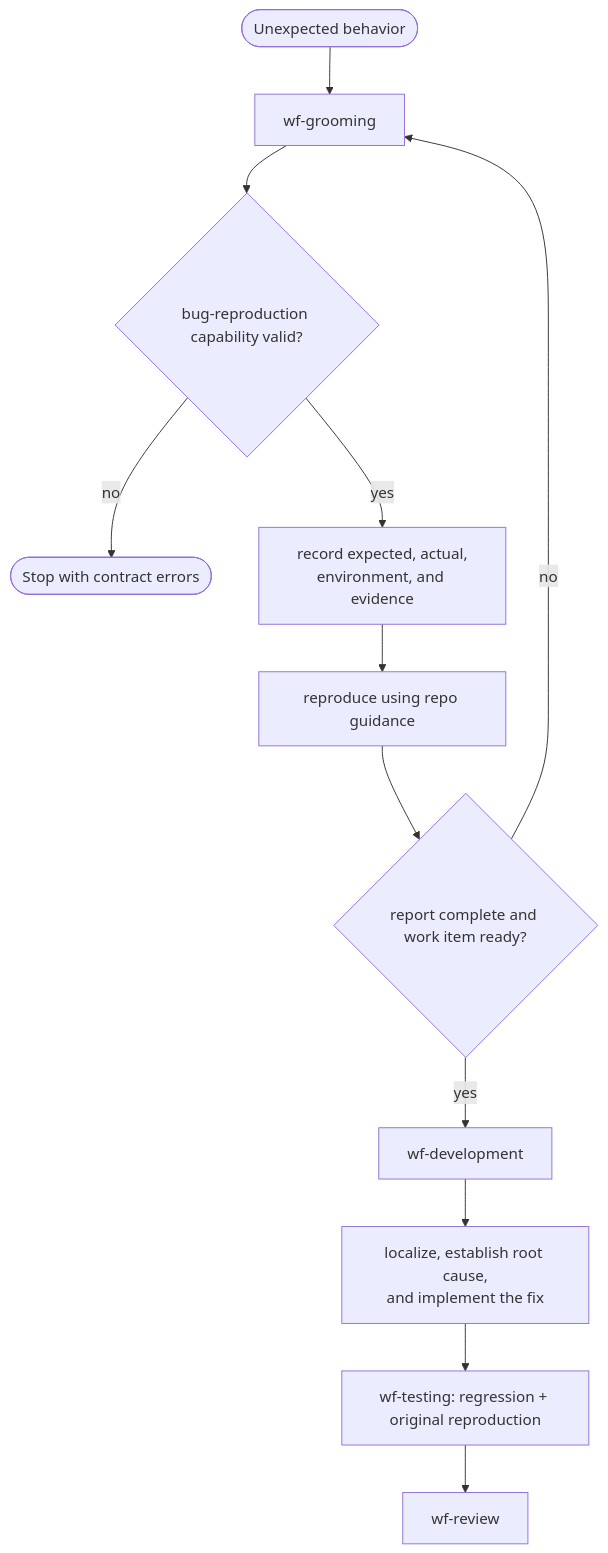
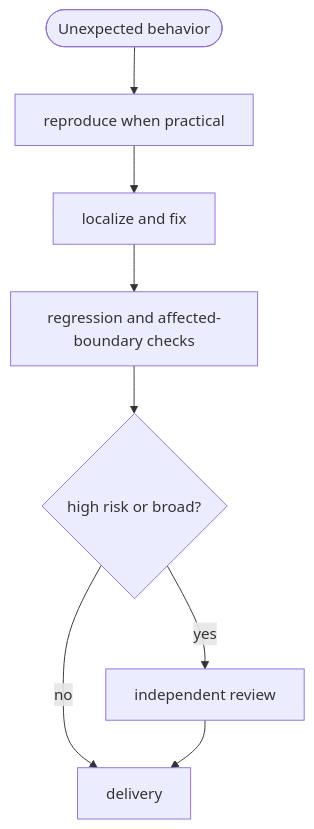
Before and after one commit to Life-With-Data/agentic-engineering: the third of 5 diagrams in plugins/agentic-engineering/FLOWS.md, drawn with Mermaid. The commit also changed other lines of this file and 26 other files, not shown here.

````diff
--- a/plugins/agentic-engineering/FLOWS.md
+++ b/plugins/agentic-engineering/FLOWS.md
@@ -59,14 +38,10 @@
 ```mermaid
 flowchart TD
-    report([Unexpected behavior]) --> G["wf-grooming"]
-    G --> contract{"bug-reproduction capability valid?"}
-    contract -->|no| stop([Stop with contract errors])
-    contract -->|yes| evidence["record expected, actual,<br/>environment, and evidence"]
-    evidence --> reproduce["reproduce using repo guidance"]
-    reproduce --> groom{"report complete and work item ready?"}
-    groom -->|no| G
-    groom -->|yes| D["wf-development"]
-    D --> root["localize, establish root cause,<br/>and implement the fix"]
-    root --> T["wf-testing: regression + original reproduction"]
-    T --> R["wf-review"]
+    report([Unexpected behavior]) --> evidence["reproduce when practical"]
+    evidence --> D["localize and fix"]
+    D --> verify["regression and affected-boundary checks"]
+    verify --> risk{"high risk or broad?"}
+    risk -->|yes| R["independent review"]
+    risk -->|no| L["delivery"]
+    R --> L
 ```
````
